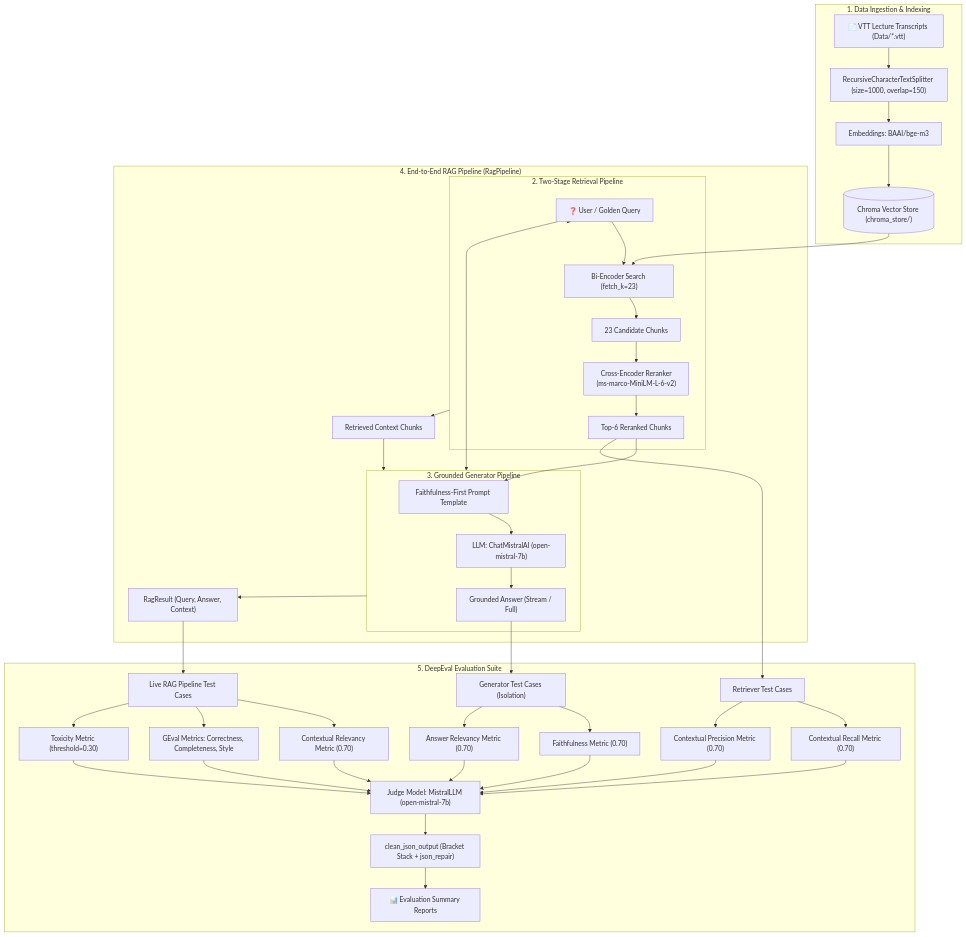
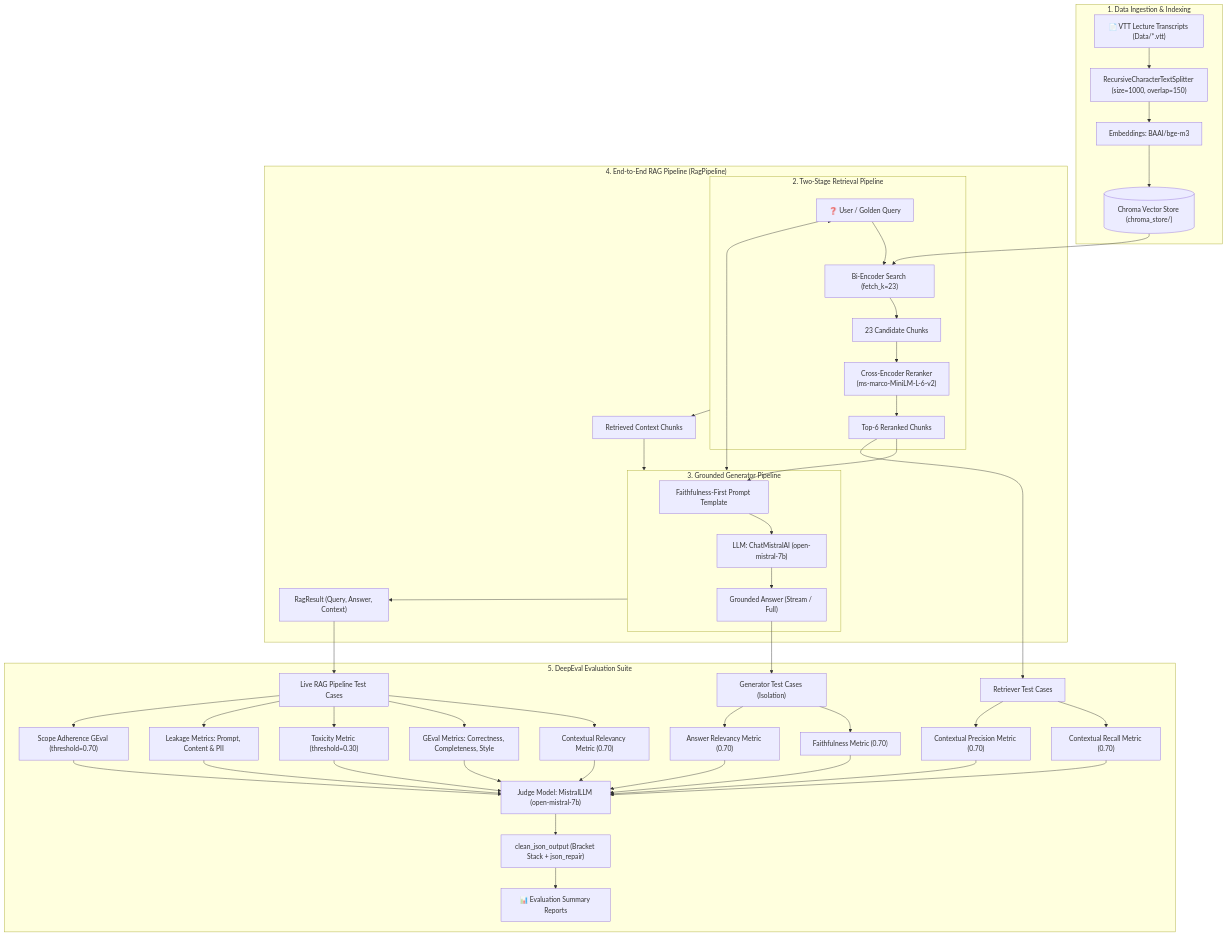
Before and after one commit to shlokbam/LLM-RAG-Evaluation: the diagram in README.md, drawn with Mermaid. The commit also changed other lines of this file and 6 other files, not shown here.

Commit message:
feat: add scope safety and data leakage evaluation suites and golden datasets

````diff
--- a/README.md
+++ b/README.md
@@ -18,48 +18,50 @@
 ```mermaid
 flowchart TD
     subgraph Ingestion ["1. Data Ingestion & Indexing"]
         VTT["📄 VTT Lecture Transcripts (Data/*.vtt)"] --> TextSplitter["RecursiveCharacterTextSplitter (size=1000, overlap=150)"]
         TextSplitter --> BGE["Embeddings: BAAI/bge-m3"]
         BGE --> ChromaDB[("Chroma Vector Store (chroma_store/)")]
     end
 
     subgraph TwoStageRetriever ["2. Two-Stage Retrieval Pipeline"]
         Query["❓ User / Golden Query"] --> BiEncoder["Bi-Encoder Search (fetch_k=23)"]
         ChromaDB --> BiEncoder
         BiEncoder --> Candidates["23 Candidate Chunks"]
         Candidates --> CrossEncoder["Cross-Encoder Reranker\n(ms-marco-MiniLM-L-6-v2)"]
         CrossEncoder --> TopK["Top-6 Reranked Chunks"]
     end
 
     subgraph GeneratorComponent ["3. Grounded Generator Pipeline"]
         TopK --> GenPrompt["Faithfulness-First Prompt Template"]
         GenPrompt --> MistralGen["LLM: ChatMistralAI (open-mistral-7b)"]
         MistralGen --> Answer["Grounded Answer (Stream / Full)"]
     end
 
     subgraph RagOrchestrator ["4. End-to-End RAG Pipeline (RagPipeline)"]
         Query --> TwoStageRetriever
         TwoStageRetriever --> Context["Retrieved Context Chunks"]
         Context & Query --> GeneratorComponent
         GeneratorComponent --> FinalOutput["RagResult (Query, Answer, Context)"]
     end
 
     subgraph DeepEvalHarness ["5. DeepEval Evaluation Suite"]
         TopK --> RetCases["Retriever Test Cases"]
         RetCases --> Recall["Contextual Recall Metric (0.70)"]
         RetCases --> Precision["Contextual Precision Metric (0.70)"]
 
         Answer --> GenCases["Generator Test Cases (Isolation)"]
         GenCases --> Faithfulness["Faithfulness Metric (0.70)"]
         GenCases --> Relevancy["Answer Relevancy Metric (0.70)"]
 
         FinalOutput --> PipelineCases["Live RAG Pipeline Test Cases"]
         PipelineCases --> CtxRelevancy["Contextual Relevancy Metric (0.70)"]
         PipelineCases --> GEvalApp["GEval Metrics: Correctness, Completeness, Style"]
         PipelineCases --> Toxicity["Toxicity Metric (threshold=0.30)"]
+        PipelineCases --> Leakage["Leakage Metrics: Prompt, Content & PII"]
+        PipelineCases --> Scope["Scope Adherence GEval (threshold=0.70)"]
 
-        Recall & Precision & Faithfulness & Relevancy & CtxRelevancy & GEvalApp & Toxicity --> MistralJudge["Judge Model: MistralLLM (open-mistral-7b)"]
+        Recall & Precision & Faithfulness & Relevancy & CtxRelevancy & GEvalApp & Toxicity & Leakage & Scope --> MistralJudge["Judge Model: MistralLLM (open-mistral-7b)"]
         MistralJudge --> JSONRepair["clean_json_output (Bracket Stack + json_repair)"]
         JSONRepair --> Report["📊 Evaluation Summary Reports"]
     end
 ```
````
